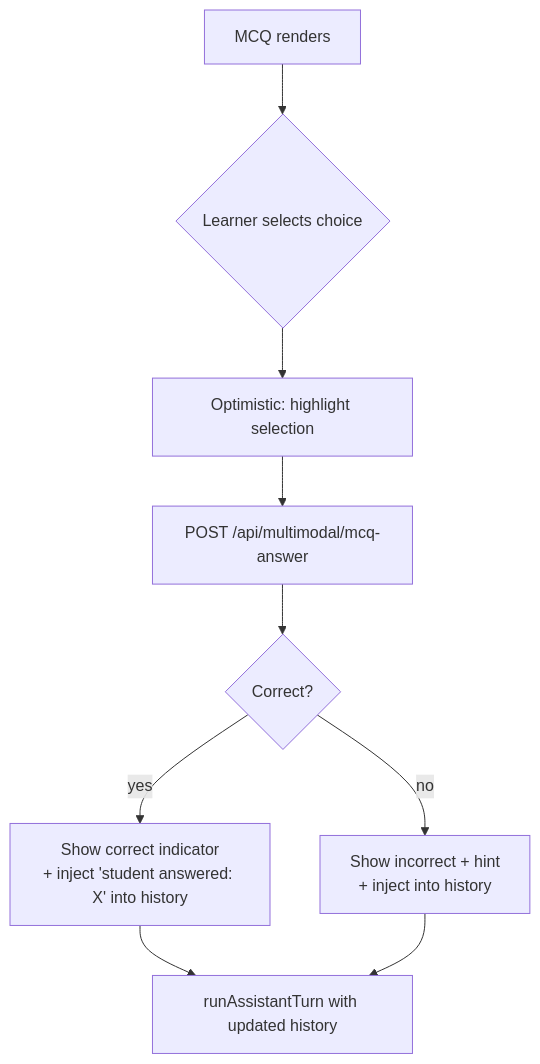
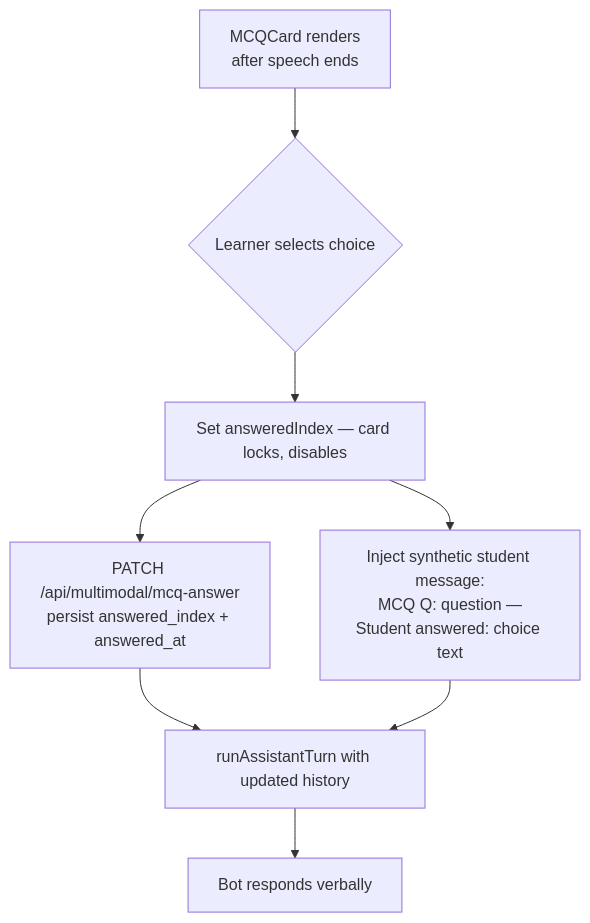
Before and after one commit to ddeepak95/pesu: the third of 3 diagrams in docs/multimodal-orchestration-plan.md, drawn with Mermaid. The commit also changed other lines of this file, not shown here.

Commit message:
multimodal orchestration brainstorming

````diff
--- a/docs/multimodal-orchestration-plan.md
+++ b/docs/multimodal-orchestration-plan.md
@@ -289,10 +391,9 @@
 ```mermaid
 flowchart TD
-    A[MCQ renders] --> B{Learner selects choice}
-    B --> C[Optimistic: highlight selection]
-    C --> D[POST /api/multimodal/mcq-answer]
-    D --> E{Correct?}
-    E -->|yes| F[Show correct indicator\n+ inject 'student answered: X' into history]
-    E -->|no| G[Show incorrect + hint\n+ inject into history]
-    F & G --> H[runAssistantTurn with updated history]
+    A[MCQCard renders\nafter speech ends] --> B{Learner selects choice}
+    B --> C[Set answeredIndex — card locks, disables]
+    C --> D[PATCH /api/multimodal/mcq-answer\npersist answered_index + answered_at]
+    C --> E[Inject synthetic student message:\n MCQ Q: question — Student answered: choice text]
+    D & E --> F[runAssistantTurn with updated history]
+    F --> G[Bot responds verbally]
 ```
````
